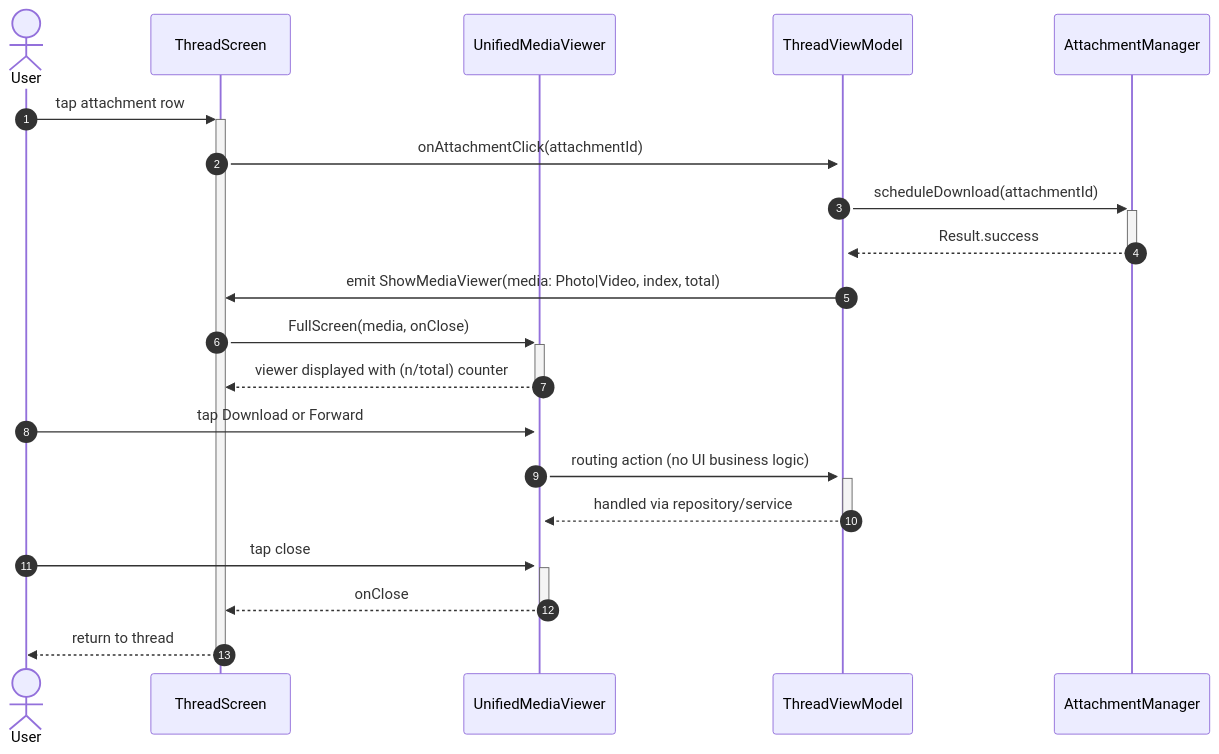
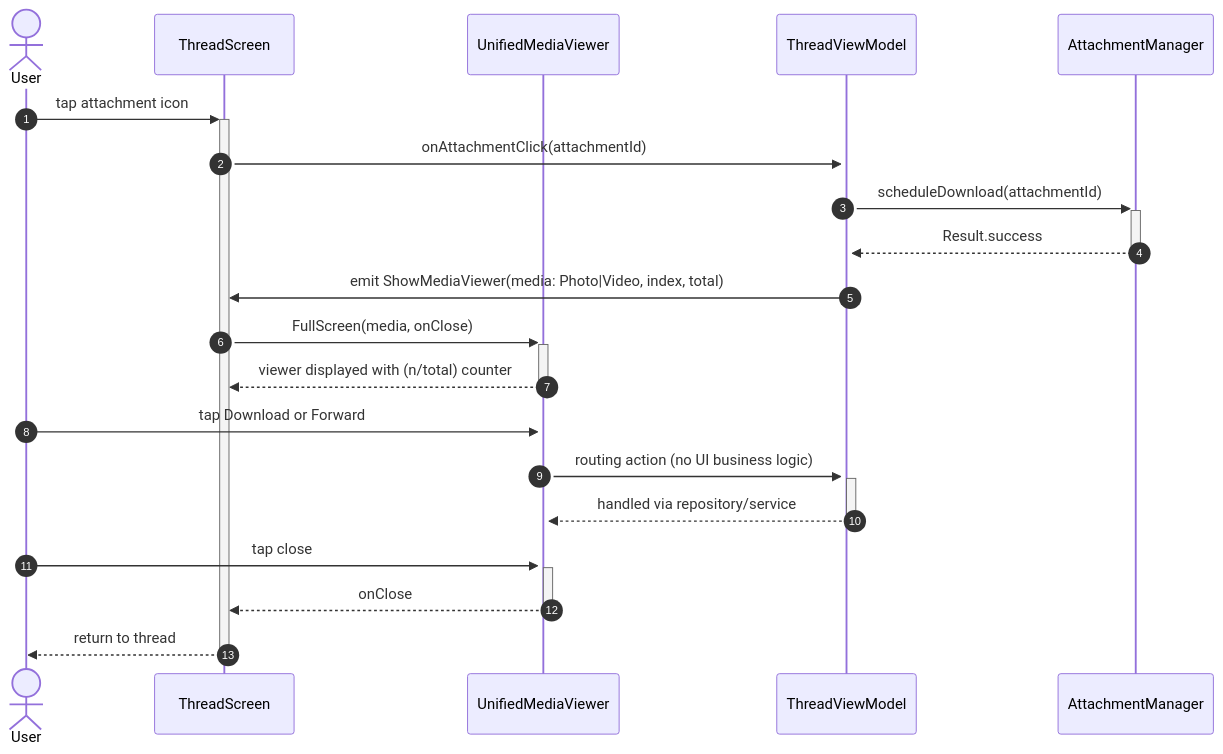
One commit to sean-light-dev/light-imessage changed the sixth of 16 diagrams in docs/initiatives/v1/codespec/milestone-6.md. Above: the diagram before and after it, drawn with Mermaid. The commit also changed other lines of this file, not shown here.

First line of the commit message:
docs(m6): attachment affordance is just the generic media icon

````diff
--- a/docs/initiatives/v1/codespec/milestone-6.md
+++ b/docs/initiatives/v1/codespec/milestone-6.md
@@ -440,23 +441,23 @@
 ```mermaid
 sequenceDiagram
     autonumber
     actor U as User
     participant TS as ThreadScreen
     participant MV as UnifiedMediaViewer
     participant TVM as ThreadViewModel
     participant AM as AttachmentManager
 
-    U->>+TS: tap attachment row
+    U->>+TS: tap attachment icon
     TS->>+TVM: onAttachmentClick(attachmentId)
     TVM->>+AM: scheduleDownload(attachmentId)
     AM-->>-TVM: Result.success
     TVM->>TS: emit ShowMediaViewer(media: Photo|Video, index, total)
     TS->>+MV: FullScreen(media, onClose)
     MV-->>-TS: viewer displayed with (n/total) counter
     U->>+MV: tap Download or Forward
     MV->>+TVM: routing action (no UI business logic)
     TVM-->>-MV: handled via repository/service
     U->>+MV: tap close
     MV-->>-TS: onClose
     TS-->>-U: return to thread
 ```
````
